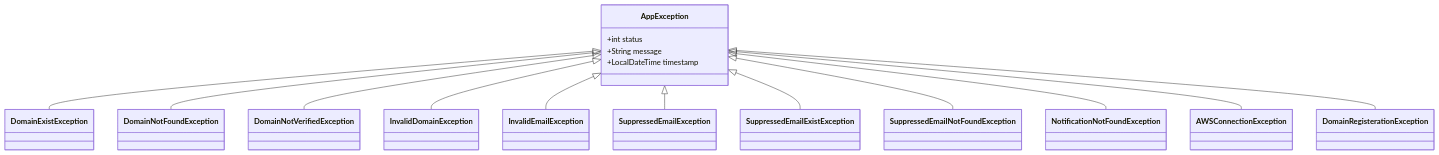
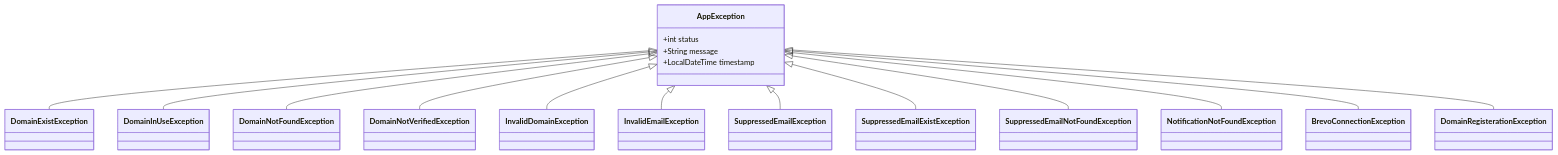
One commit to Kiranvora17/noticore-api changed the ninth of 9 diagrams in README.md. Above: the diagram before and after it, drawn with Mermaid. The commit also changed other lines of this file, not shown here.

First line of the commit message:
Update README to reflect Brevo migration and new pre-release features

````diff
--- a/README.md
+++ b/README.md
@@ -421,19 +458,20 @@
 ```mermaid
 classDiagram
     class AppException {
         +int status
         +String message
         +LocalDateTime timestamp
     }
     AppException <|-- DomainExistException
+    AppException <|-- DomainInUseException
     AppException <|-- DomainNotFoundException
     AppException <|-- DomainNotVerifiedException
     AppException <|-- InvalidDomainException
     AppException <|-- InvalidEmailException
     AppException <|-- SuppressedEmailException
     AppException <|-- SuppressedEmailExistException
     AppException <|-- SuppressedEmailNotFoundException
     AppException <|-- NotificationNotFoundException
-    AppException <|-- AWSConnectionException
+    AppException <|-- BrevoConnectionException
     AppException <|-- DomainRegisterationException
 ```
````
